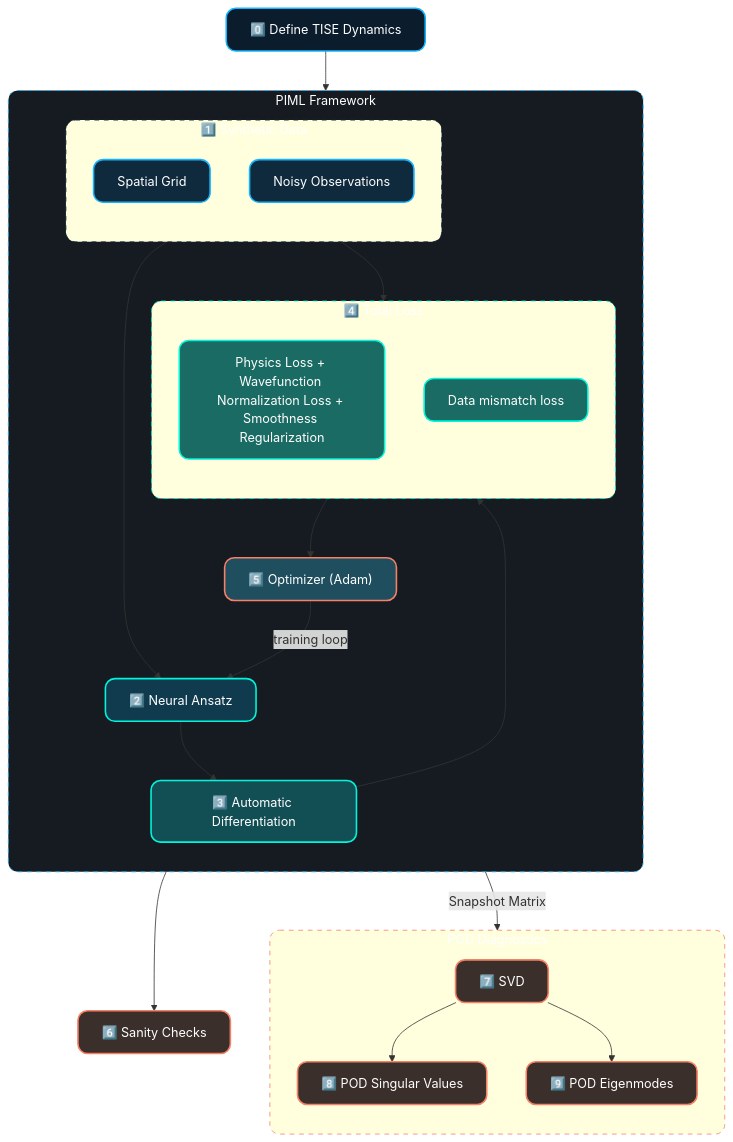
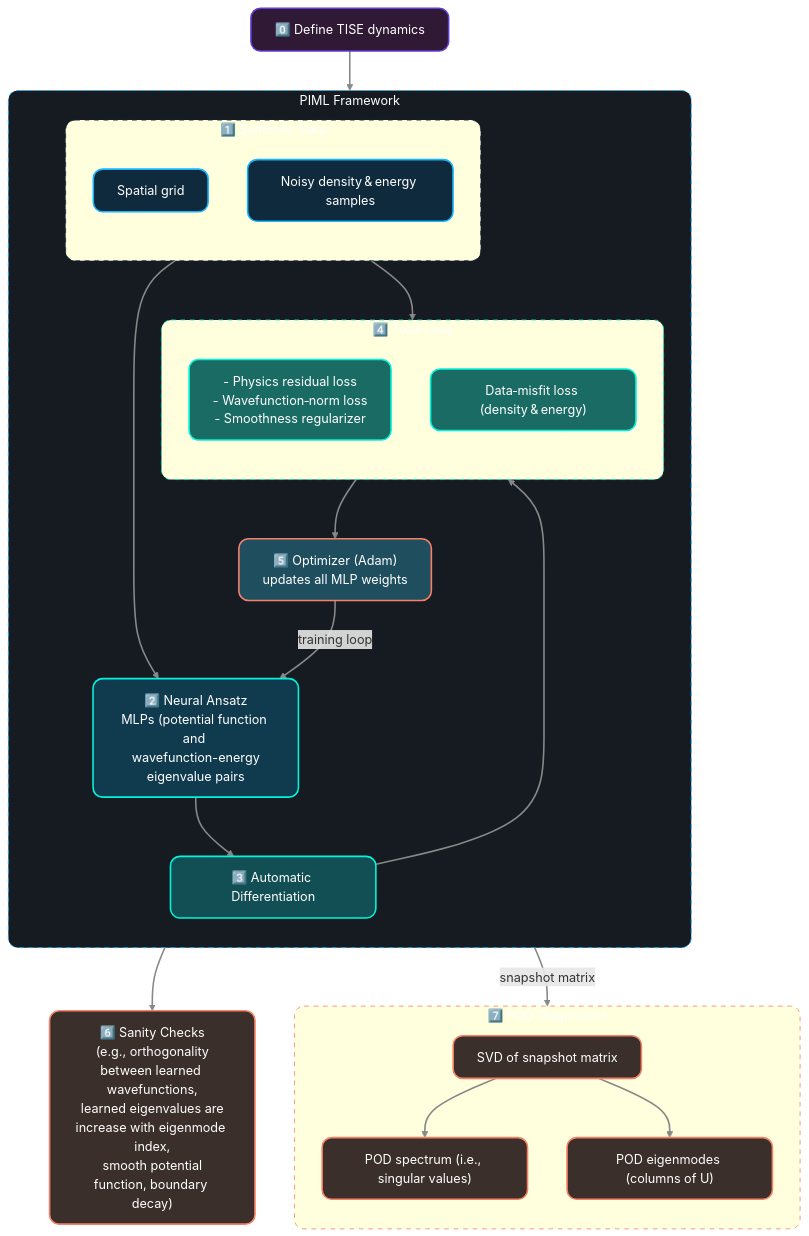
Before and after one commit to Scriber-Labs/lf-pinn-inverse-schrodinger: the diagram in README.md, drawn with Mermaid. The commit also changed other lines of this file, not shown here.

Commit message:
updated mermaid chart of PINN architecture

````diff
--- a/README.md
+++ b/README.md
@@ -90,6 +90,6 @@
 ```mermaid
 %%====================================================================
-%%  CURVED-CORNER MERMAID WITH SUBGRAPH HEADER
+%%  CURVED‑CORNER MERMAID – DARK THEME + PURPLE ACCENT
 %%====================================================================
 %%{ init: {
         "theme": "base",
@@ -98,79 +98,93 @@
             "lineColor": "#14b5ff",
             "textColor": "#ffffff",
             "fontFamily": "'Aclonica', sans-serif",
-            "borderRadius": "16"       /* larger radius for more rounded corners */
+            "borderRadius": "16"
         },
         "handDrawn": true
     } }%%
 %%====================================================================
 
 flowchart TB
-
     %%--------------------------------------------------------------
-    %%  COLOR RAMP (pseudo-gradient)
+    %%  STYLE DEFINITIONS – keep original dark shades, add purple
     %%--------------------------------------------------------------
-    classDef stage0 fill:#0b1c2d,stroke:#14b5ff,stroke-width:2px,color:#ffffff,rx:12,ry:12;
-    classDef stage1 fill:#0f2a3d,stroke:#14b5ff,stroke-width:2px,color:#ffffff,rx:12,ry:12;
-    classDef stage2 fill:#103b4f,stroke:#00f5db,stroke-width:2px,color:#ffffff,rx:12,ry:12;
-    classDef stage3 fill:#124f55,stroke:#00f5db,stroke-width:2px,color:#ffffff,rx:12,ry:12;
-    classDef stage4 fill:#1a6b63,stroke:#00f5db,stroke-width:2px,color:#ffffff,rx:12,ry:12;
-    classDef stage5 fill:#1f4e5f,stroke:#f78166,stroke-width:2px,color:#ffffff,rx:12,ry:12;
-    classDef stage6 fill:#3a2f2a,stroke:#f78166,stroke-width:2px,color:#ffffff,rx:12,ry:12;
-    classDef stage7 fill:#0f2a3d,stroke:#14b5ff,stroke-width:2px,color:#ffffff,rx:12,ry:12;
+    classDef stage0 fill:#301934,stroke:#5D3FD3,stroke-width:2px,color:#ffffff,rx:12,ry:12;   %% deep purple for physics 
+    classDef stage1 fill:#0f2a3d,stroke:#14b5ff,stroke-width:2px,color:#ffffff,rx:12,ry:12;   %% original dark indigo 
+    classDef stage2 fill:#103b4f,stroke:#00f5db,stroke-width:2px,color:#ffffff,rx:12,ry:12;   %% original teal blue 
+    classDef stage3 fill:#124f55,stroke:#00f5db,stroke-width:2px,color:#ffffff,rx:12,ry:12;   %% original cyan/green 
+    classDef stage4 fill:#1a6b63,stroke:#00f5db,stroke-width:2px,color:#ffffff,rx:12,ry:12;   %% original orangeish teal 
+    classDef stage5 fill:#1f4e5f,stroke:#f78166,stroke-width:2px,color:#ffffff,rx:12,ry:12;   %% optimizer 
+    classDef stage6 fill:#3a2f2a,stroke:#f78166,stroke-width:2px,color:#ffffff,rx:12,ry:12;   %% diagnostics
+    classDef stage7 fill:#0f2a3d,stroke:#14b5ff,stroke-width:2px,color:#ffffff,rx:12,ry:12;   %% notes / tiny bubbles 
 
     classDef PIML_framework fill:#161b22,stroke:#14b5ff,stroke-dasharray:6 6,color:#ffffff,rx:12,ry:12;
     classDef Observed_data stroke:#0f2a3d,stroke-dasharray:6 6,color:#ffffff,rx:12,ry:12;
     classDef Total_loss stroke:#00f5db,stroke-dasharray:6 6,color:#ffffff,rx:12,ry:12;
     classDef POD_diagnostics stroke:#f78166,stroke-dasharray:6 6,color:#ffffff,rx:12,ry:12;
-    
+
     %%--------------------------------------------------------------
-    %%  MAIN PIPELINE SUBGRAPH WITH HEADER
+    %%  LIGHT‑GRAY ARROW STYLE (so arrows stay subtle)
+    %%--------------------------------------------------------------
+    linkStyle default stroke:#888,stroke-width:2px
+
+    %%--------------------------------------------------------------
+    %%  CORE PIML PIPELINE
     %%--------------------------------------------------------------
     subgraph PIML["PIML Framework"]
         direction TB
+
         subgraph synthetic_data["1️⃣ Synthetic Data"]
             direction TB
-            B["Spatial Grid"]:::stage1
-            obs["Noisy Observations"]:::stage1
+            B["Spatial grid"]:::stage1
+            obs["Noisy density & energy samples"]:::stage1
         end
-        
         synthetic_data:::Observed_data
-        C["2️⃣ Neural Ansatz"]:::stage2
+
+        C["2️⃣ Neural Ansatz\nMLPs (potential function and \n wavefunction-energy eigenvalue pairs"]:::stage2
+
         D["3️⃣ Automatic Differentiation"]:::stage3
-        F["5️⃣ Optimizer (Adam)"]:::stage5
-        
+
         subgraph loss["4️⃣ Total Loss"]
             direction TB
-            physics["Physics Loss + Wavefunction Normalization Loss + Smoothness Regularization"]:::stage4
+            physics["- Physics residual loss\n- Wavefunction‑norm loss\n- Smoothness regularizer"]:::stage4
+            data["Data‑misfit loss (density & energy)"]:::stage4
+        end
+        loss:::Total_loss
 
-            data["Data mismatch loss"]:::stage4
-        end
-        
+        F["5️⃣ Optimizer (Adam)\nupdates all MLP weights"]:::stage5
+
+        %% Connections (light‑gray arrows)
         B --> C
         obs --> data
         C --> D
-        D --> loss:::Total_loss
+        D --> loss
         loss --> F
         F -- training loop --> C
     end
-    
+
     %%--------------------------------------------------------------
-    %%  CONTEXT & DIAGNOSTICS
+    %%  POST‑TRAINING DIAGNOSTICS
     %%--------------------------------------------------------------
-    A["0️⃣ Define TISE Dynamics"]:::stage0
-    H["6️⃣ Sanity Checks"]:::stage6
-    
-    subgraph POD["POD Diagnostics"]
+    H["6️⃣ Sanity Checks\n (e.g., orthogonality between learned wavefunctions,\n learned eigenvalues are increase with eigenmode index,\n smooth potential function, boundary decay)"]:::stage6
+
+    subgraph POD["7️⃣ POD Diagnostics"]
         direction TB
-        SVD["7️⃣ SVD"]:::stage6
-        sigma["8️⃣ POD Singular Values"]:::stage6
-        U["9️⃣ POD Eigenmodes"]:::stage6
-        
+        SVD["SVD of snapshot matrix"]:::stage6
+        sigma["POD spectrum (i.e., singular values)"]:::stage6
+        U["POD eigenmodes (columns of U)"]:::stage6
+        %% noteW["Wᵀ holds temporal coefficients – not needed for static eigenmode analysis"]:::stage7
+        %% noteSpec["‘Spectrum’ = the set of singular values; gaps signal low‑rank structure"]:::stage7
+
         SVD --> sigma
         SVD --> U
     end
     
+    A["0️⃣ Define TISE dynamics"]:::stage0
+
+    %%--------------------------------------------------------------
+    %%  OUTER LINKS
+    %%--------------------------------------------------------------
     A --> PIML:::PIML_framework
     PIML --> H
-    PIML -- Snapshot Matrix --> POD:::POD_diagnostics
+    PIML -- snapshot matrix --> POD:::POD_diagnostics
 ```
````
